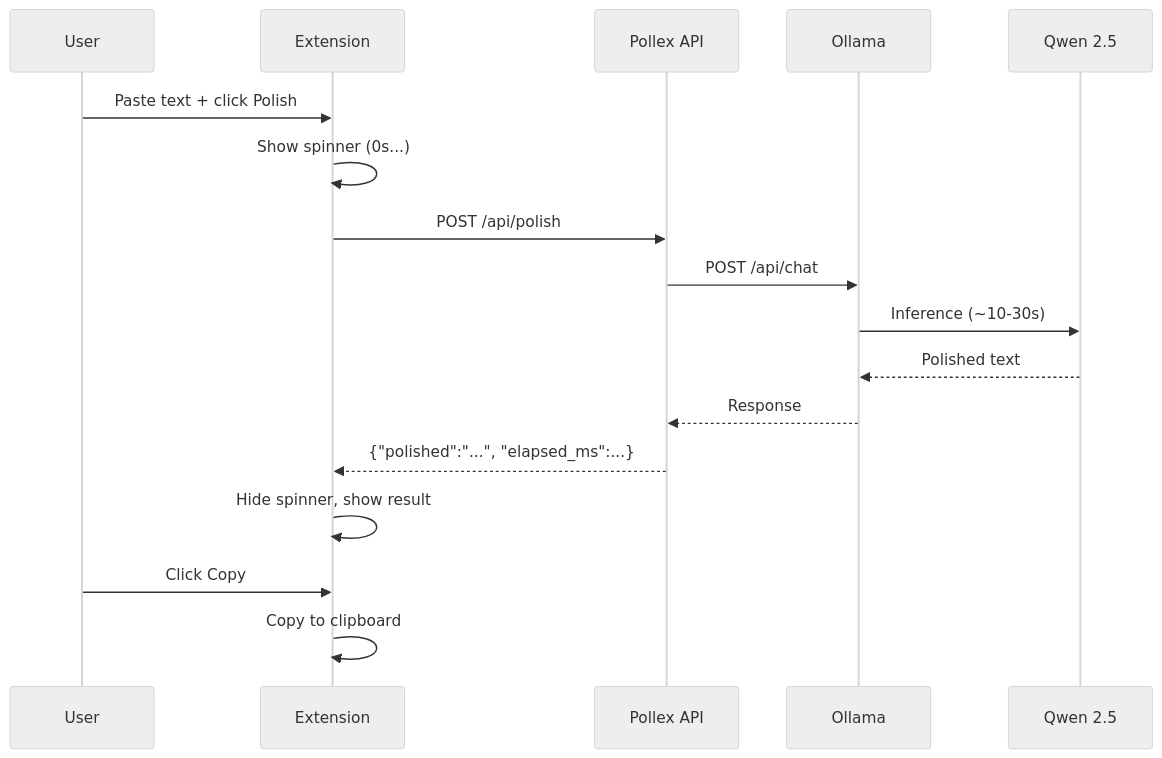
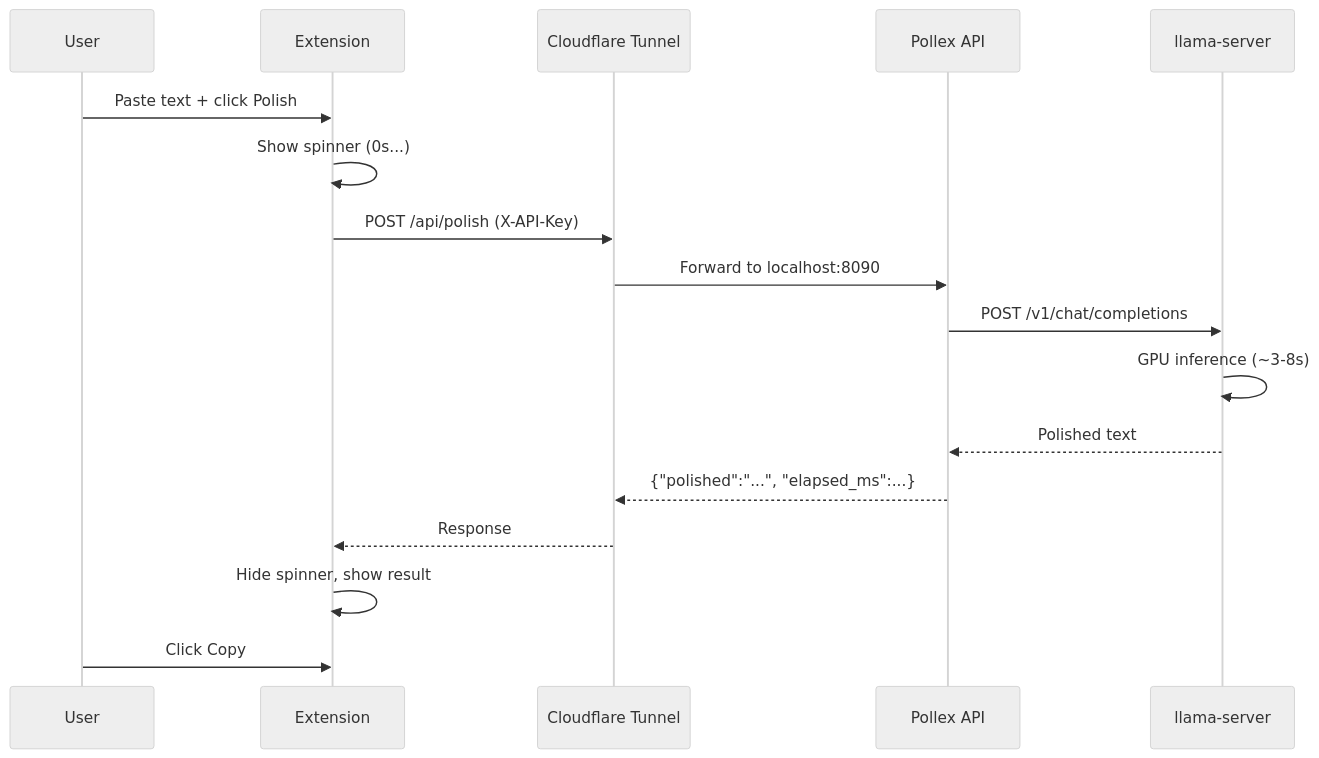
One commit to mlorentedev/pollex changed the second of 2 diagrams in README.md. Above: the diagram before and after it, drawn with Mermaid (neutral theme). The commit also changed other lines of this file and 16 other files, not shown here.

````diff
--- a/README.md
+++ b/README.md
@@ -45,20 +52,20 @@
 ```mermaid
 sequenceDiagram
     participant U as User
     participant E as Extension
+    participant T as Cloudflare Tunnel
     participant A as Pollex API
-    participant O as Ollama
-    participant M as Qwen 2.5
+    participant L as llama-server
 
     U->>E: Paste text + click Polish
     E->>E: Show spinner (0s...)
-    E->>A: POST /api/polish
-    A->>O: POST /api/chat
-    O->>M: Inference (~10-30s)
-    M-->>O: Polished text
-    O-->>A: Response
-    A-->>E: {"polished":"...", "elapsed_ms":...}
+    E->>T: POST /api/polish (X-API-Key)
+    T->>A: Forward to localhost:8090
+    A->>L: POST /v1/chat/completions
+    L->>L: GPU inference (~3-8s)
+    L-->>A: Polished text
+    A-->>T: {"polished":"...", "elapsed_ms":...}
+    T-->>E: Response
     E->>E: Hide spinner, show result
     U->>E: Click Copy
-    E->>E: Copy to clipboard
 ```
````
